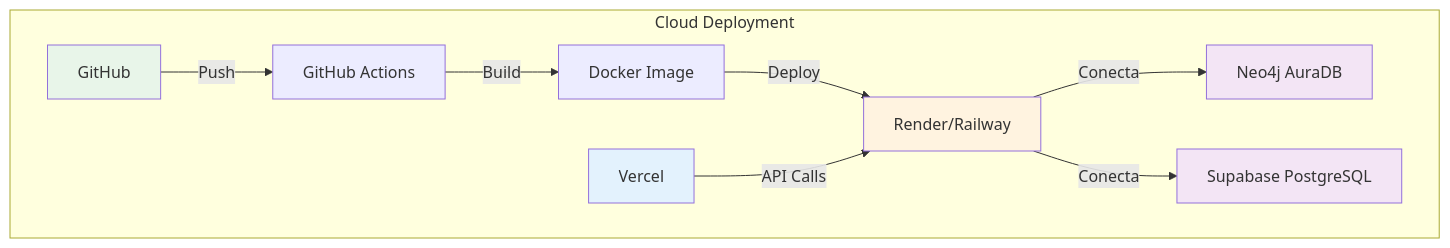
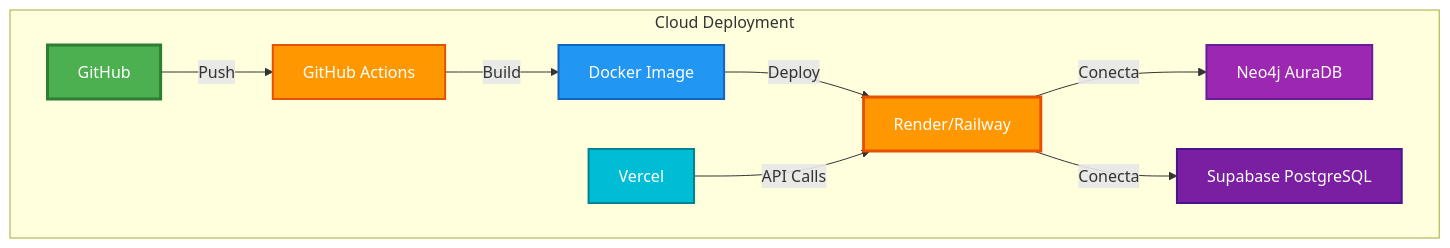
Diagram 13 of 14 in README.md (gregorizeidler/aml-graphs-detection-system), drawn with Mermaid before and after one commit. The commit also changed other lines of this file, not shown here.

````diff
--- a/README.md
+++ b/README.md
@@ -820,19 +836,21 @@
 ```mermaid
 graph TB
     subgraph "Cloud Deployment"
         A[GitHub] -->|Push| B[GitHub Actions]
         B -->|Build| C[Docker Image]
         C -->|Deploy| D[Render/Railway]
         
         D -->|Conecta| E[Neo4j AuraDB]
         D -->|Conecta| F[Supabase PostgreSQL]
         
         G[Vercel] -->|API Calls| D
     end
     
-    style A fill:#e8f5e9
-    style D fill:#fff3e0
-    style E fill:#f3e5f5
-    style F fill:#f3e5f5
-    style G fill:#e3f2fd
+    style A fill:#4CAF50,stroke:#2E7D32,stroke-width:3px,color:#fff
+    style B fill:#FF9800,stroke:#E65100,stroke-width:2px,color:#fff
+    style C fill:#2196F3,stroke:#1565C0,stroke-width:2px,color:#fff
+    style D fill:#FF9800,stroke:#E65100,stroke-width:3px,color:#fff
+    style E fill:#9C27B0,stroke:#6A1B9A,stroke-width:2px,color:#fff
+    style F fill:#7B1FA2,stroke:#4A148C,stroke-width:2px,color:#fff
+    style G fill:#00BCD4,stroke:#00838F,stroke-width:2px,color:#fff
 ```
````
